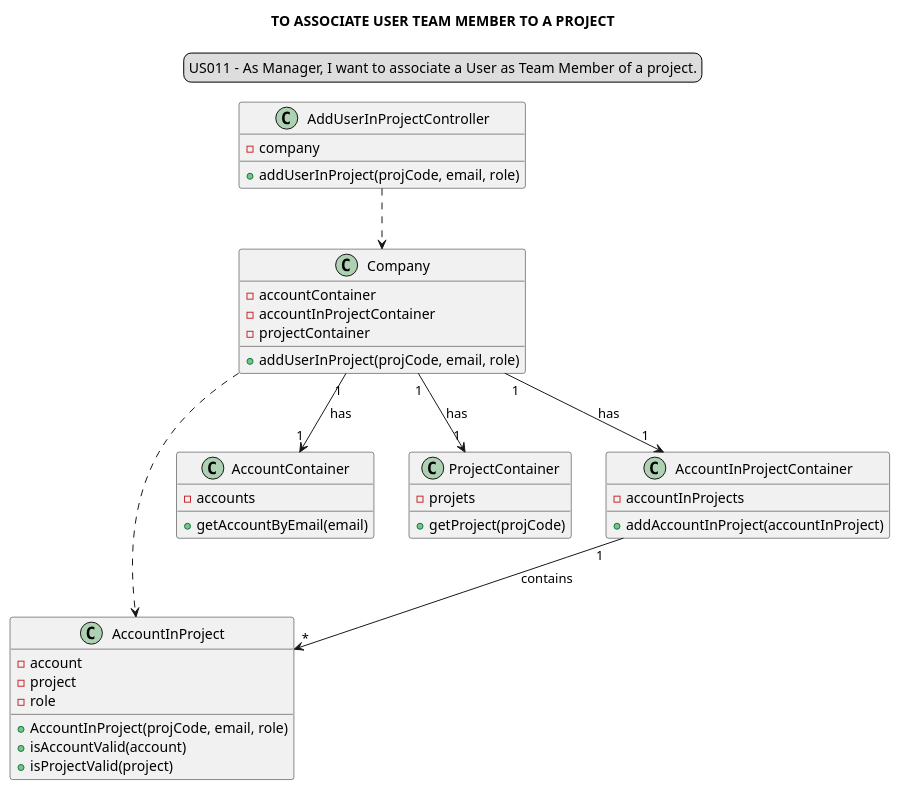
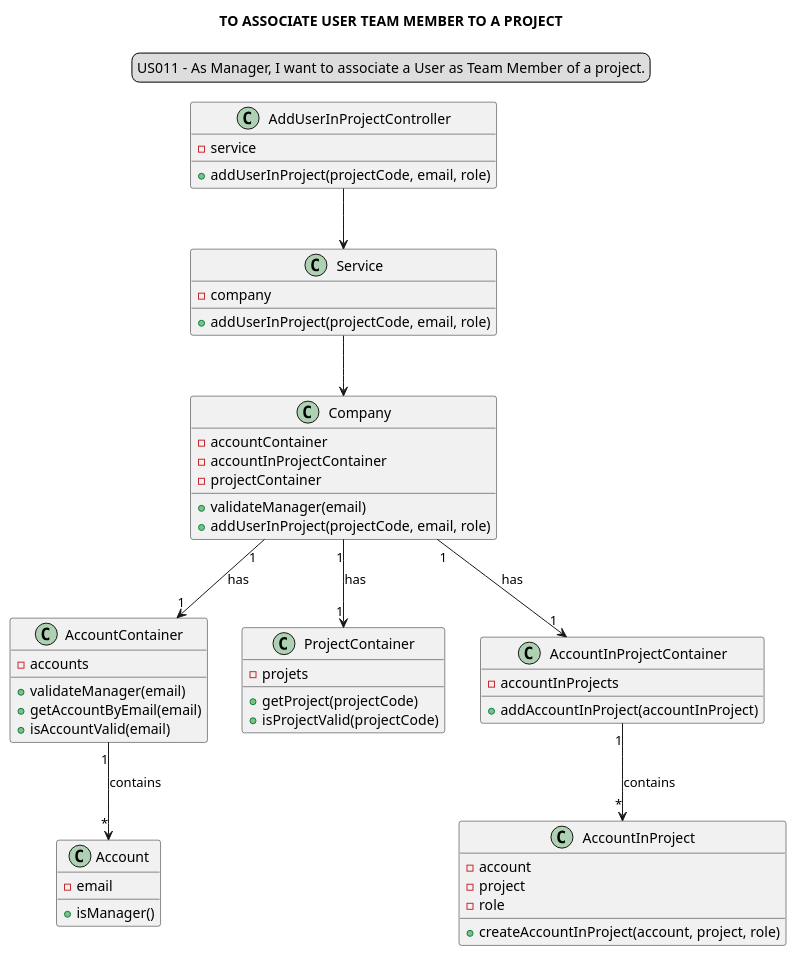
One commit to Loracline/project_switch_22-23 changed the diagram in docs/modelling_design/user_stories/us011/US011_classDiagram.puml. Above: the diagram before and after it, drawn with PlantUML. The commit also changed 1 other file, not shown here.

Commit message:
US011: Design: Refactor of Sequence and Class diagram: addition of Service layer

```diff
--- a/docs/modelling_design/user_stories/us011/US011_classDiagram.puml
+++ b/docs/modelling_design/user_stories/us011/US011_classDiagram.puml
@@ -1,53 +1,65 @@
 @startuml
 
 skinparam sequenceMessageAlign center
 title TO ASSOCIATE USER TEAM MEMBER TO A PROJECT
 legend top
 US011 - As Manager, I want to associate a User as Team Member of a project.
 end legend
 
 class AddUserInProjectController {
--company
-+addUserInProject(projCode, email, role)
+-service
++addUserInProject(projectCode, email, role)
+}
+
+class Service {
+- company
++addUserInProject(projectCode, email, role)
 }
 
 class Company {
 -accountContainer
 -accountInProjectContainer
 -projectContainer
-+addUserInProject(projCode, email, role)
++ validateManager(email)
++addUserInProject(projectCode, email, role)
 }
 
 class AccountInProject{
 -account
 -project
 -role
-+AccountInProject(projCode, email, role)
-+isAccountValid(account)
-+isProjectValid(project)
++createAccountInProject(account, project, role)
+}
+
+class Account{
+-email
++isManager()
 }
 
 class AccountContainer {
 -accounts
++ validateManager(email)
 +getAccountByEmail(email)
++isAccountValid(email)
 }
 
 class ProjectContainer{
 -projets
-+getProject(projCode)
++getProject(projectCode)
++isProjectValid(projectCode)
 }
 
 class AccountInProjectContainer{
 -accountInProjects
 +addAccountInProject(accountInProject)
-
 }
 
 
-AddUserInProjectController ..> Company
+AddUserInProjectController --> Service
+Service --> Company
 Company "1"-->"1" AccountContainer: has
 Company "1"-->"1" AccountInProjectContainer: has
 Company "1"-->"1" ProjectContainer: has
 AccountInProjectContainer "1"-->"*" AccountInProject: contains
-Company ..> AccountInProject
+AccountContainer "1"-->"*" Account: contains
 @enduml
```
